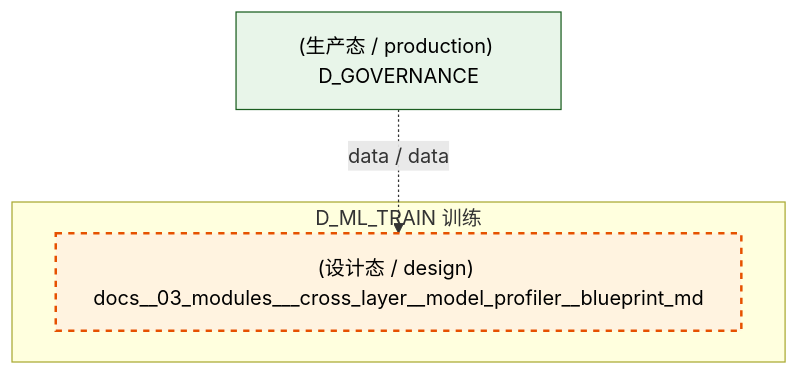
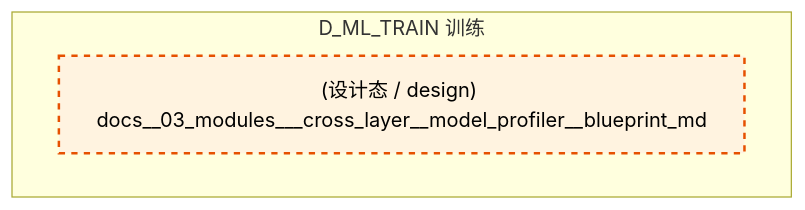
Before and after one commit to xuanFelixVan/ZephyrAlpha: the second of 4 diagrams in docs/02_enterprise_architecture/02_domain_architecture_docs/50_d_ml_train.md, drawn with Mermaid. The commit also changed other lines of this file and 126 other files, not shown here.

````diff
--- a/docs/02_enterprise_architecture/02_domain_architecture_docs/50_d_ml_train.md
+++ b/docs/02_enterprise_architecture/02_domain_architecture_docs/50_d_ml_train.md
@@ -123,14 +121,11 @@
 ```mermaid
 graph TD
     subgraph D_ML_TRAIN["D_ML_TRAIN 训练"]
         docs_03_modules_cross_layer_model_profiler_blueprint_md["(设计态 / design) docs__03_modules___cross_layer__model_profiler__blueprint_md"]
     end
-    D_GOVERNANCE["(生产态 / production) D_GOVERNANCE"]
-    D_GOVERNANCE -.->|data / data| docs_03_modules_cross_layer_model_profiler_blueprint_md
     classDef production fill:#e1f5fe,stroke:#01579b,stroke-width:2px,color:#000
     classDef design fill:#fff3e0,stroke:#e65100,stroke-width:2px,color:#000,stroke-dasharray: 5 5
     classDef external_prod fill:#e8f5e9,stroke:#1b5e20,stroke-width:1px,color:#000
     classDef external_design fill:#fce4ec,stroke:#880e4f,stroke-width:1px,color:#000,stroke-dasharray: 5 5
     class docs_03_modules_cross_layer_model_profiler_blueprint_md design
-    class D_GOVERNANCE external_prod
 ```
````
